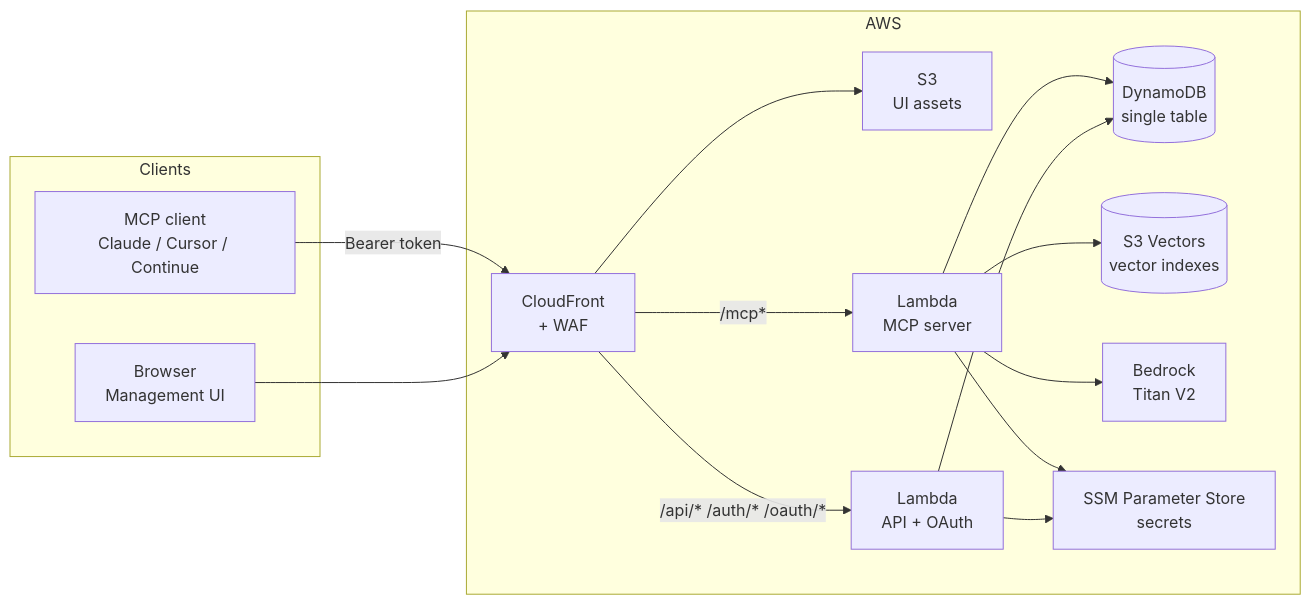
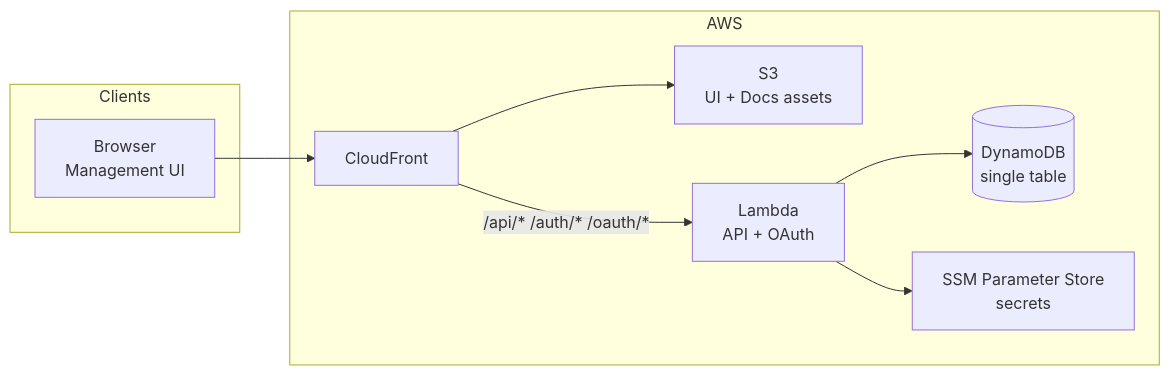
One commit to warlordofmars/agentcore-starter changed the first of 5 diagrams in docs/architecture.md. Above: the diagram before and after it, drawn with Mermaid. The commit also changed other lines of this file and 11 other files, not shown here.

````diff
--- a/docs/architecture.md
+++ b/docs/architecture.md
@@ -30,30 +29,20 @@
 ```mermaid
 graph LR
     subgraph Clients
-        A[MCP client<br/>Claude / Cursor / Continue]
         B[Browser<br/>Management UI]
     end
 
     subgraph AWS
-        CF[CloudFront<br/>+ WAF]
-        S3UI[S3<br/>UI assets]
-        LM[Lambda<br/>MCP server]
+        CF[CloudFront]
+        S3UI[S3<br/>UI + Docs assets]
         LA[Lambda<br/>API + OAuth]
         DDB[(DynamoDB<br/>single table)]
-        SV[(S3 Vectors<br/>vector indexes)]
-        BR[Bedrock<br/>Titan V2]
         SSM[SSM Parameter Store<br/>secrets]
     end
 
-    A -->|Bearer token| CF
     B --> CF
-    CF -->|/mcp*| LM
     CF -->|/api/* /auth/* /oauth/*| LA
     CF --> S3UI
-    LM --> DDB
-    LM --> SV
-    LM --> BR
-    LM --> SSM
     LA --> DDB
     LA --> SSM
 ```
````
